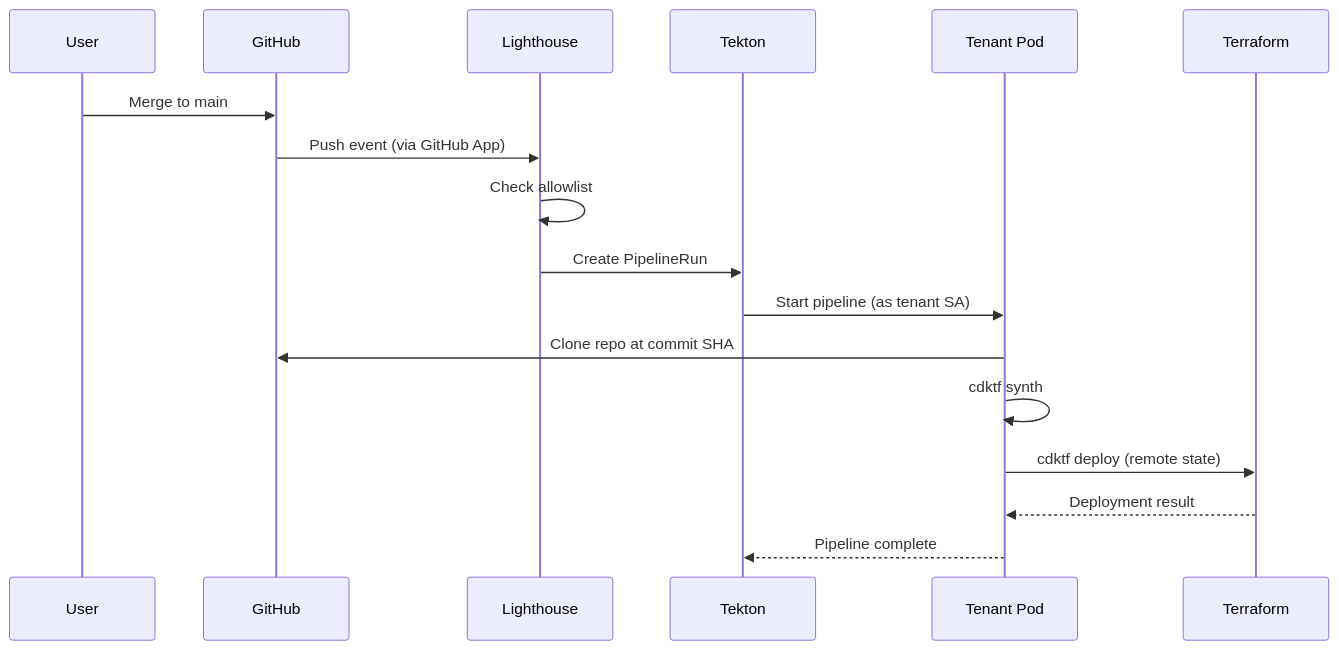
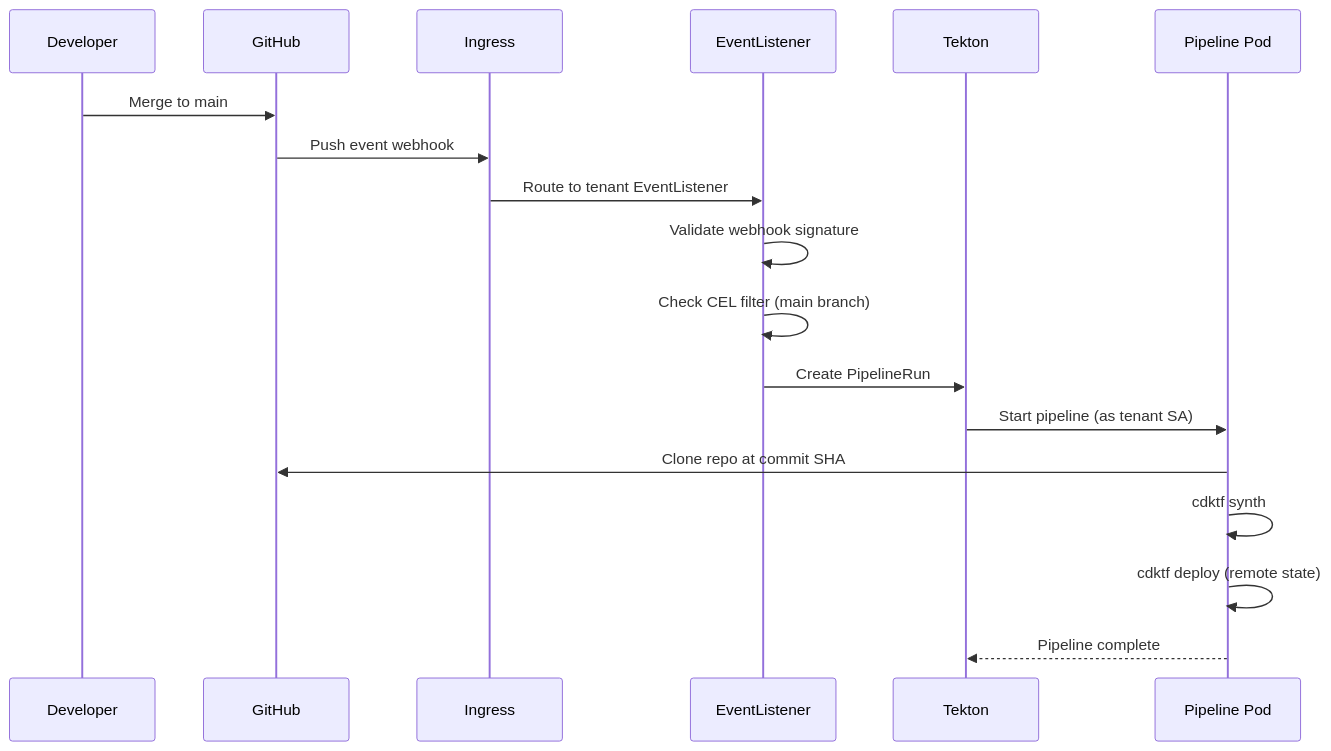
Before and after one commit to bdchatham/AphexPlatformInfrastructure: the third of 4 diagrams in .kiro/docs/architecture.md, drawn with Mermaid. The commit also changed other lines of this file and 128 other files, not shown here.

````diff
--- a/.kiro/docs/architecture.md
+++ b/.kiro/docs/architecture.md
@@ -500,20 +505,21 @@
 ```mermaid
 sequenceDiagram
-    participant User
+    participant Dev as Developer
     participant GitHub
-    participant Lighthouse
+    participant Ingress
+    participant EventListener
     participant Tekton
-    participant Tenant Pod
-    participant Terraform
+    participant Pipeline Pod
     
-    User->>GitHub: Merge to main
-    GitHub->>Lighthouse: Push event (via GitHub App)
-    Lighthouse->>Lighthouse: Check allowlist
-    Lighthouse->>Tekton: Create PipelineRun
-    Tekton->>Tenant Pod: Start pipeline (as tenant SA)
-    Tenant Pod->>GitHub: Clone repo at commit SHA
-    Tenant Pod->>Tenant Pod: cdktf synth
-    Tenant Pod->>Terraform: cdktf deploy (remote state)
-    Terraform-->>Tenant Pod: Deployment result
-    Tenant Pod-->>Tekton: Pipeline complete
+    Dev->>GitHub: Merge to main
+    GitHub->>Ingress: Push event webhook
+    Ingress->>EventListener: Route to tenant EventListener
+    EventListener->>EventListener: Validate webhook signature
+    EventListener->>EventListener: Check CEL filter (main branch)
+    EventListener->>Tekton: Create PipelineRun
+    Tekton->>Pipeline Pod: Start pipeline (as tenant SA)
+    Pipeline Pod->>GitHub: Clone repo at commit SHA
+    Pipeline Pod->>Pipeline Pod: cdktf synth
+    Pipeline Pod->>Pipeline Pod: cdktf deploy (remote state)
+    Pipeline Pod-->>Tekton: Pipeline complete
 ```
````
